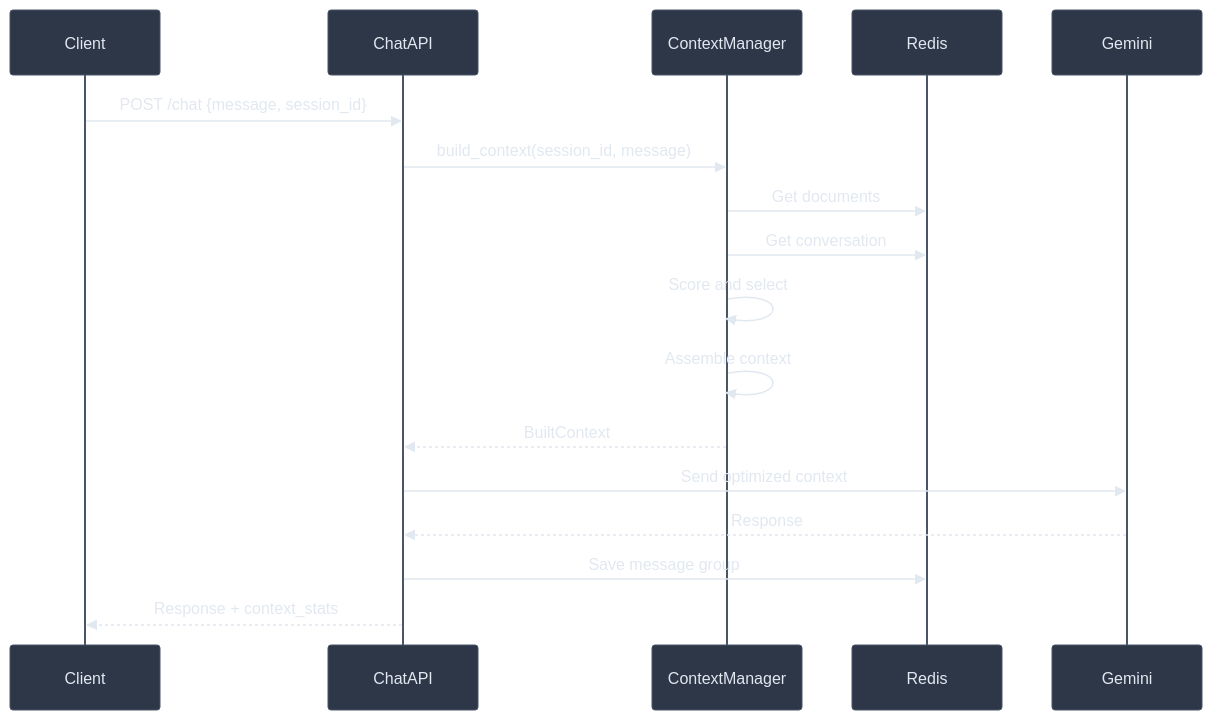
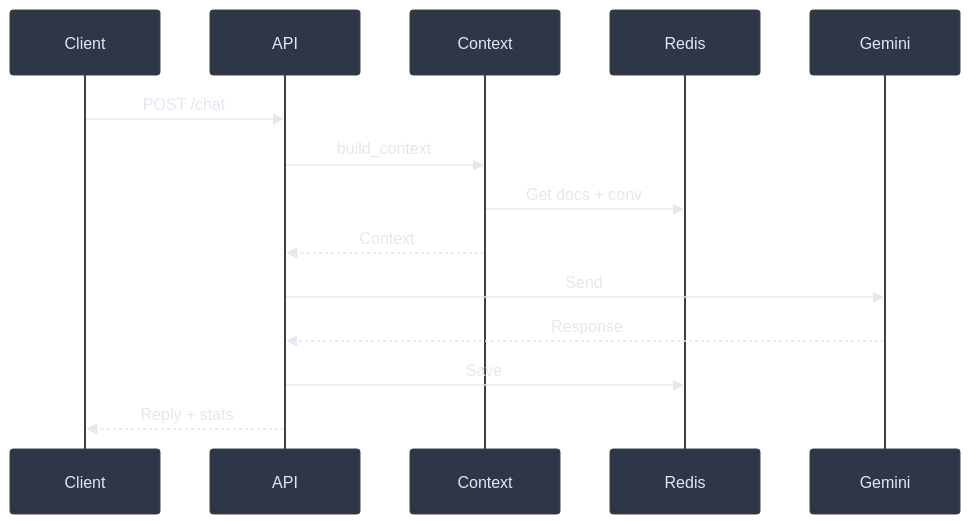
Diagram 16 of 17 in chat_context/chat_context.md (manumishra-zm/execution_plan), drawn with Mermaid before and after one commit. The commit also changed other lines of this file, not shown here.

````diff
--- a/chat_context/chat_context.md
+++ b/chat_context/chat_context.md
@@ -888,25 +579,17 @@
 ```mermaid
-%%{init: {'theme': 'base', 'themeVariables': { 'primaryColor': '#4a5568', 'primaryTextColor': '#e2e8f0', 'lineColor': '#a0aec0', 'actorTextColor': '#e2e8f0', 'actorBkg': '#2d3748', 'actorBorder': '#4a5568'}}}%%
+%%{init: {'theme': 'base', 'themeVariables': { 'primaryColor': '#4a5568', 'primaryTextColor': '#e2e8f0', 'lineColor': '#a0aec0', 'actorBkg': '#2d3748'}}}%%
 sequenceDiagram
-    participant Client
-    participant ChatAPI
-    participant ContextManager
-    participant Redis
-    participant Gemini
-
-    Client->>ChatAPI: POST /chat {message, session_id}
-
-    ChatAPI->>ContextManager: build_context(session_id, message)
-
-    ContextManager->>Redis: Get documents
-    ContextManager->>Redis: Get conversation
-    ContextManager->>ContextManager: Score and select
-    ContextManager->>ContextManager: Assemble context
-    ContextManager-->>ChatAPI: BuiltContext
-
-    ChatAPI->>Gemini: Send optimized context
-    Gemini-->>ChatAPI: Response
-
-    ChatAPI->>Redis: Save message group
-    ChatAPI-->>Client: Response + context_stats
+    participant C as Client
+    participant API as API
+    participant CM as Context
+    participant DB as Redis
+    participant G as Gemini
+    C->>API: POST /chat
+    API->>CM: build_context
+    CM->>DB: Get docs + conv
+    CM-->>API: Context
+    API->>G: Send
+    G-->>API: Response
+    API->>DB: Save
+    API-->>C: Reply + stats
 ```
````
